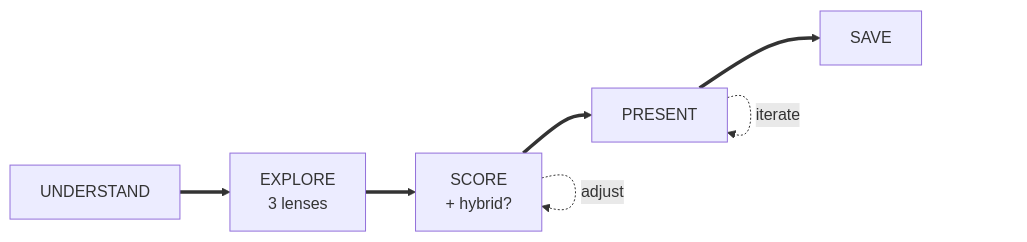
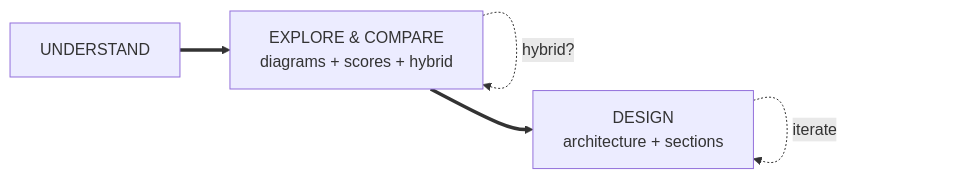
The second of 3 diagrams in skills/brainstorming-mastermind/diagram-reference.md (bytemines/sherpai), drawn with Mermaid before and after one commit. The commit also changed other lines of this file and 2 other files, not shown here.

````diff
--- a/skills/brainstorming-mastermind/diagram-reference.md
+++ b/skills/brainstorming-mastermind/diagram-reference.md
@@ -194,6 +173,6 @@
 ```mermaid
 flowchart LR
-    A["UNDERSTAND"] ==> B["EXPLORE<br/>3 lenses"] ==> C["SCORE<br/>+ hybrid?"] ==> D["PRESENT"] ==> E["SAVE"]
-    C -.->|adjust| C
-    D -.->|iterate| D
+    A["UNDERSTAND"] ==> B["EXPLORE & COMPARE<br/>diagrams + scores + hybrid"] ==> C["DESIGN<br/>architecture + sections"]
+    B -.->|hybrid?| B
+    C -.->|iterate| C
 ```
````
